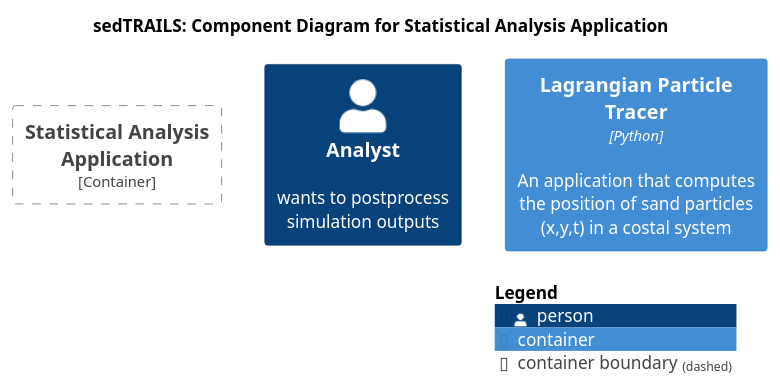
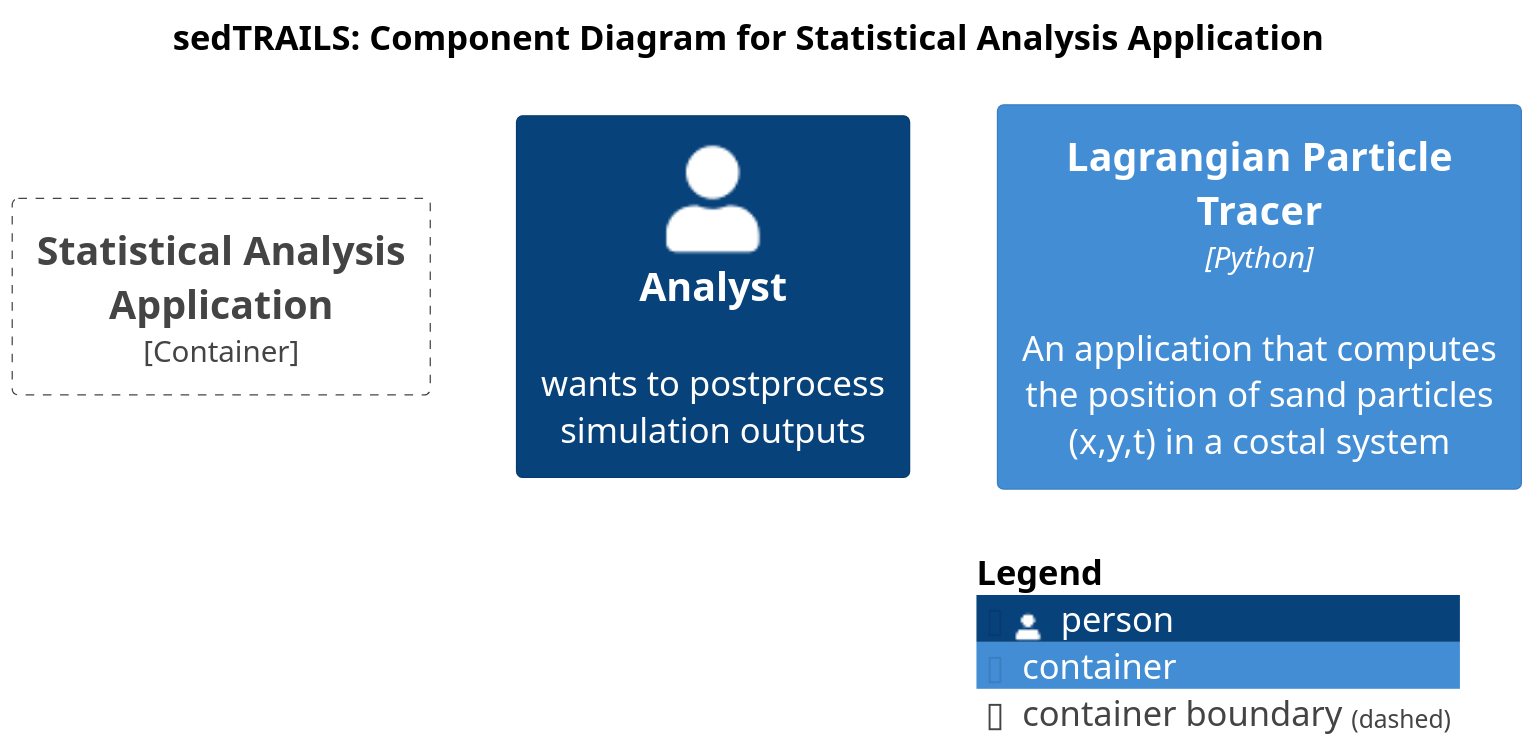
The diagram in diagrams/componets-stats-app.puml (sgpearson17/sedtrails-sgp), drawn with PlantUML before and after one commit. The commit also changed 9 other files, not shown here.

Commit message:
update component diagram titles and scales for clarity across multiple applications

```diff
--- a/diagrams/componets-stats-app.puml
+++ b/diagrams/componets-stats-app.puml
@@ -1,23 +1,23 @@
-@startuml SedtrailComponent
+@startuml SedtrailComponentsStatsAnalysis
 !include ./c4/C4_Component.puml
 ' !theme C4_sandstone from ./c4/themes
 
 
 ' LAYOUT_LANDSCAPE()
 
 title sedTRAILS: Component Diagram for Statistical Analysis Application
-scale 1
+scale 2
 
 AddElementTag("review", $bgColor="lightred", $fontColor="red", $borderColor="red")
 
 Person(modeler, "Analyst", "wants to postprocess simulation outputs")
 
 Container_Boundary(connectivityNet, "Statistical Analysis Application"){
     
 }
     
 Container(sedtrailsTracer, "Lagrangian Particle Tracer", "Python", "An application that computes the position of sand particles (x,y,t) in a costal system")
 
 
 SHOW_LEGEND()
 @enduml
```
